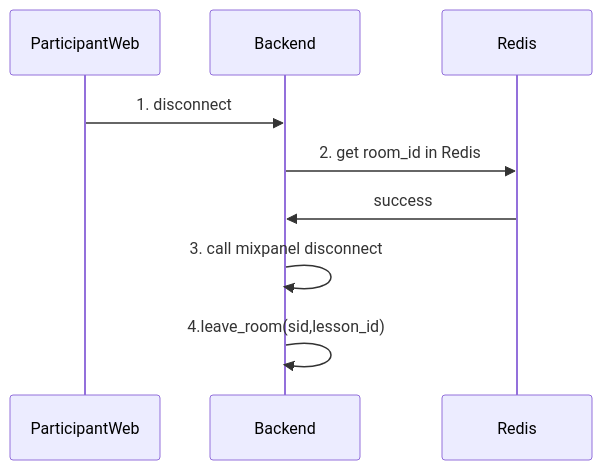
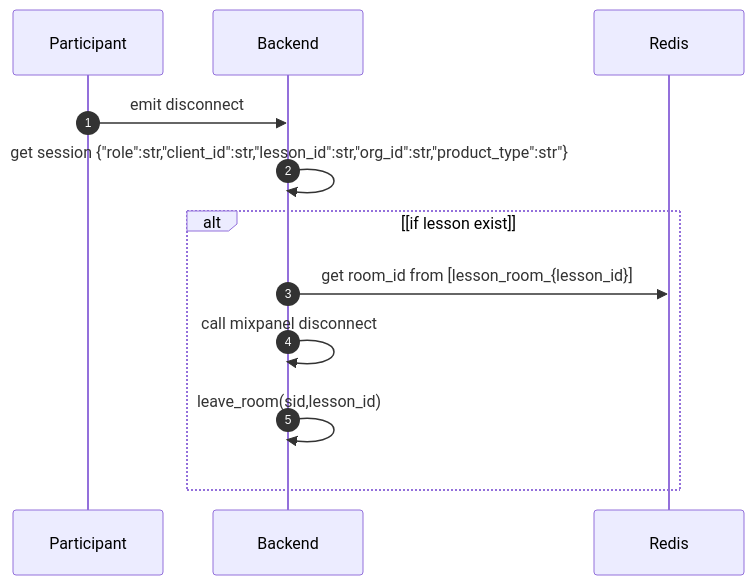
One commit to claire0613/ocelot_docs changed the third of 3 diagrams in socket_event_all/on_disconnect event.md. Above: the diagram before and after it, drawn with Mermaid. The commit also changed other lines of this file and 9 other files, not shown here.

````diff
--- a/socket_event_all/on_disconnect event.md
+++ b/socket_event_all/on_disconnect event.md
@@ -104,13 +78,15 @@
-      ```mermaid
-      sequenceDiagram
+    ```mermaid
+    sequenceDiagram
+       autonumber
+        participant A as Participant
+        participant B as Backend
+        participant R as Redis
+        A->>B: emit disconnect
+        B->>B: get session {"role":str,"client_id":str,"lesson_id":str,"org_id":str,"product_type":str"}
+        alt [if lesson exist]
+        B->>R: get room_id from [lesson_room_{lesson_id}]
+        B->>B: call mixpanel disconnect
+        B->>B: leave_room(sid,lesson_id)
+        end
 
-          participant A as ParticipantWeb
-          participant B as Backend
-          participant R as Redis
-          A->>B: 1. disconnect
-          B->>R: 2. get room_id in Redis
-          R->>B:success
-          B->>B: 3. call mixpanel disconnect
-          B->>B: 4.leave_room(sid,lesson_id)
-
-      ```
+    ```
````
